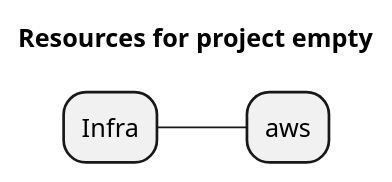
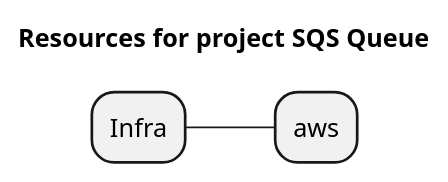
The diagram in examples/aws/sqs/sqs-simple/artifacts/resources-mindmap.puml (grucloud/grucloud), drawn with PlantUML before and after one commit. The commit also changed 31 other files, not shown here.

```diff
--- a/examples/aws/sqs/sqs-simple/artifacts/resources-mindmap.puml
+++ b/examples/aws/sqs/sqs-simple/artifacts/resources-mindmap.puml
@@ -1,7 +1,7 @@
 @startmindmap
-title Resources for project empty
+title Resources for project SQS Queue
 skinparam monochrome true
 + Infra
 ++ aws
 
 @endmindmap
```
